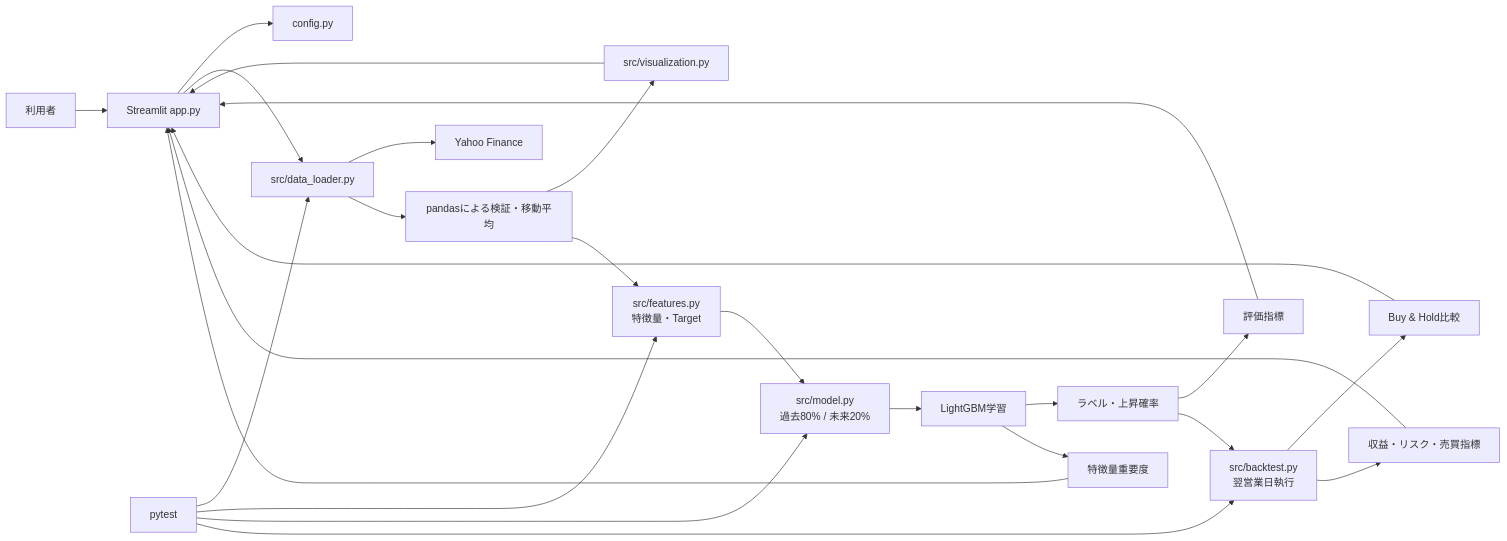
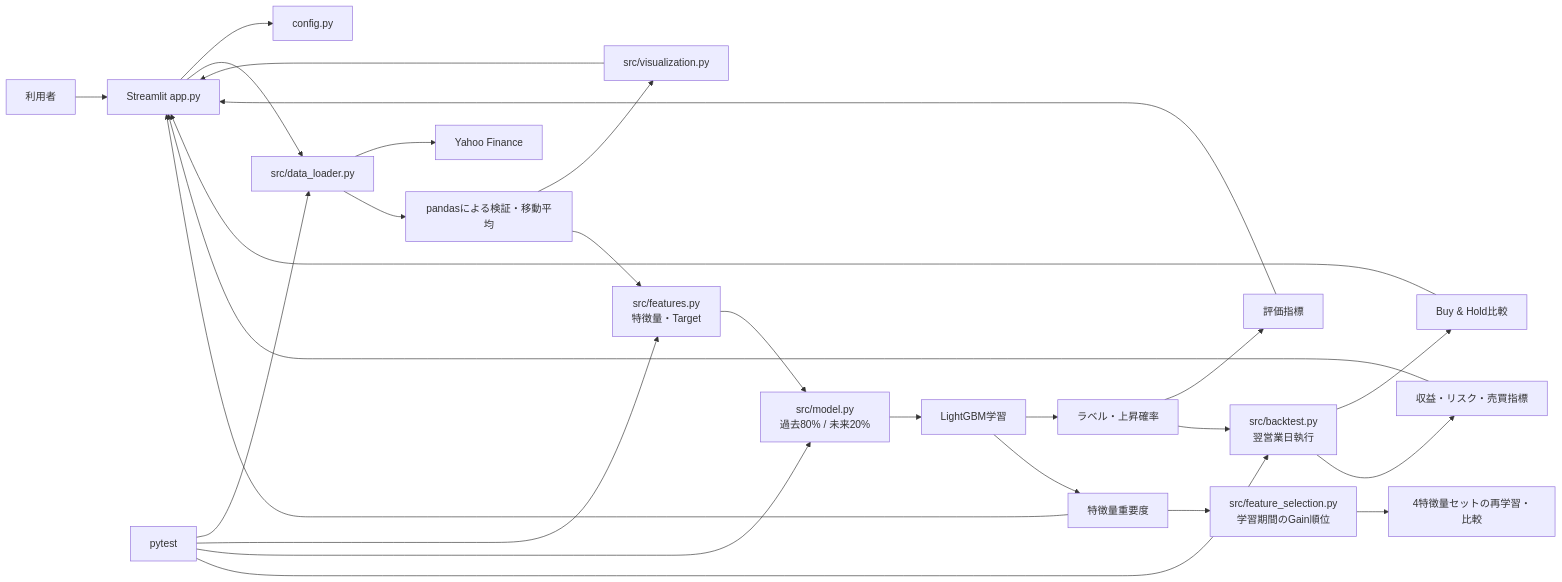
The diagram in docs/system_design.md (kosei16725/stock-analysis-dashboard), drawn with Mermaid before and after one commit. The commit also changed other lines of this file and 5 other files, not shown here.

````diff
--- a/docs/system_design.md
+++ b/docs/system_design.md
@@ -28,27 +28,29 @@
 ```mermaid
 flowchart LR
     U[利用者] --> A[Streamlit app.py]
     A --> C[config.py]
     A --> D[src/data_loader.py]
     D --> Y[Yahoo Finance]
     D --> P[pandasによる検証・移動平均]
     P --> V[src/visualization.py]
     V --> A
     P --> F[src/features.py<br/>特徴量・Target]
     F --> S[src/model.py<br/>過去80% / 未来20%]
     S --> M[LightGBM学習]
     M --> R[ラベル・上昇確率]
     R --> E[評価指標]
     R --> B[src/backtest.py<br/>翌営業日執行]
     B --> BM[Buy & Hold比較]
     B --> BR[収益・リスク・売買指標]
     E --> A
     I --> A
     BM --> A
     BR --> A
     M --> I[特徴量重要度]
+    I --> FS[src/feature_selection.py<br/>学習期間のGain順位]
+    FS --> FC[4特徴量セットの再学習・比較]
     T[pytest] --> D
     T --> F
     T --> S
     T --> B
 ```
````
